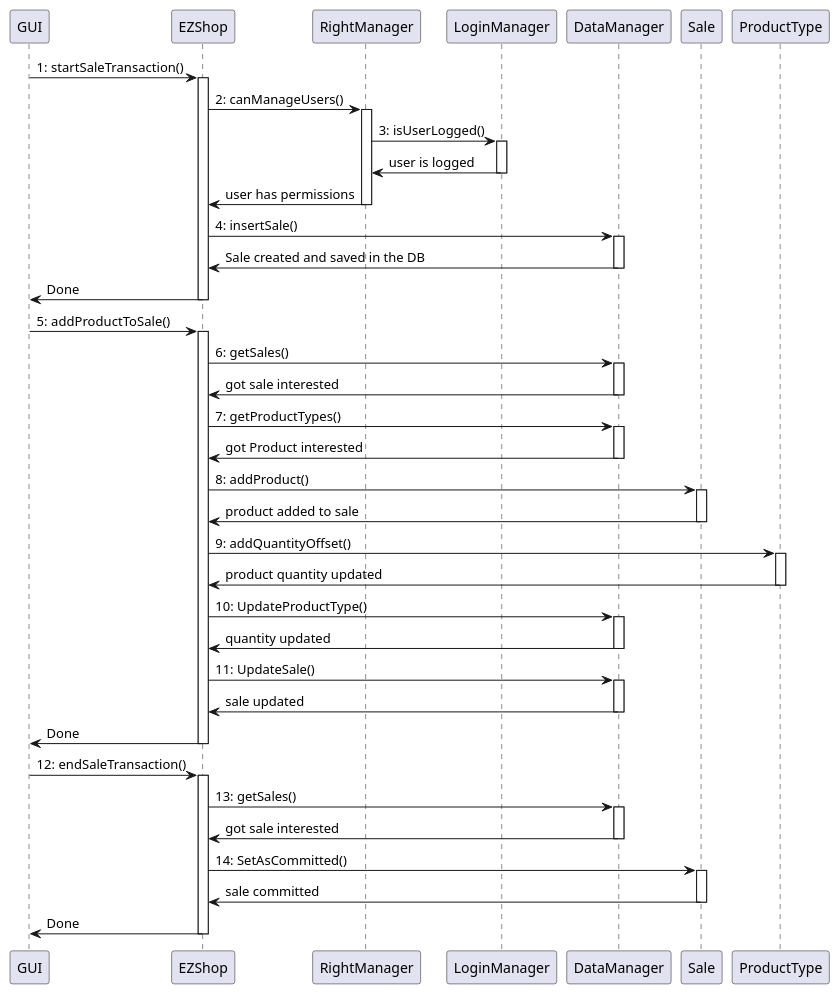
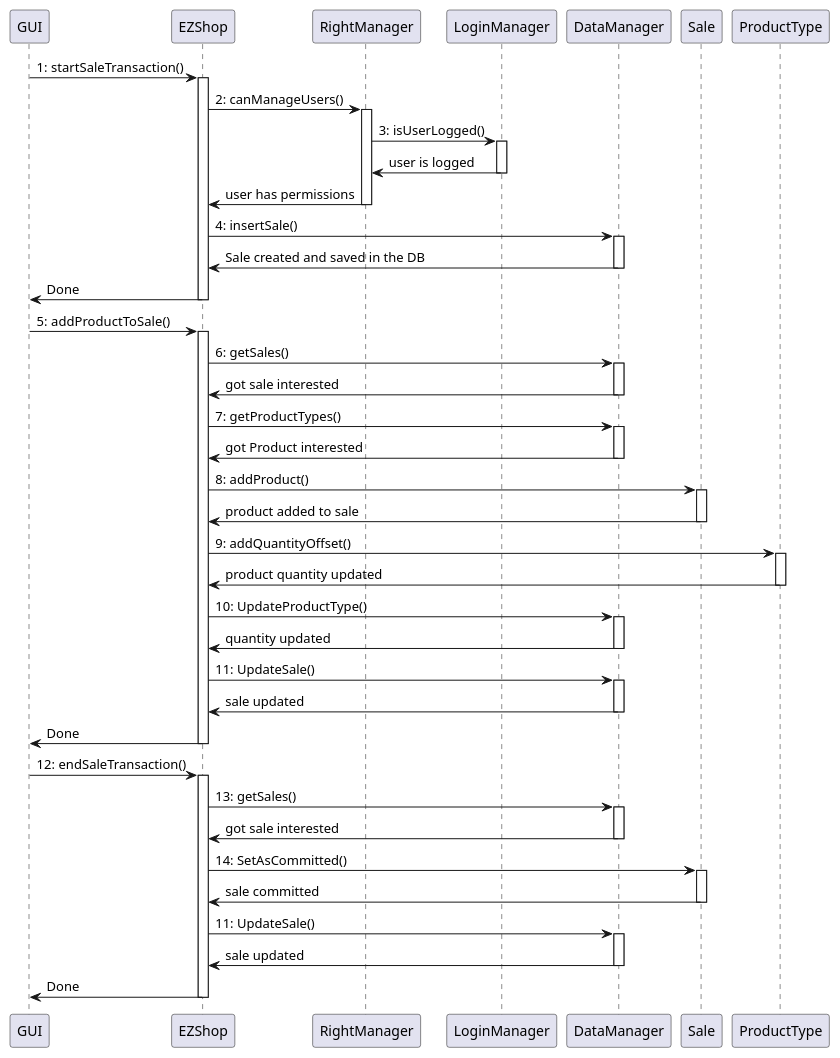
One commit to thegabriele97/EzShop changed the seventh of 8 diagrams in Deliverables/DesignDocument.md. Above: the diagram before and after it, drawn with PlantUML. The commit also changed other lines of this file, not shown here.

Commit message:
docs: DesignDocument, updated class diagram and sequence diagram

````diff
--- a/Deliverables/DesignDocument.md
+++ b/Deliverables/DesignDocument.md
@@ -663,6 +662,12 @@
 Sale -> EZShop: sale committed
 deactivate Sale
 
+EZShop -> DataManager: 11: UpdateSale()
+activate DataManager
+
+DataManager -> EZShop: sale updated
+deactivate DataManager
+
 EZShop -> GUI: Done
 deactivate EZShop
 ```
````
